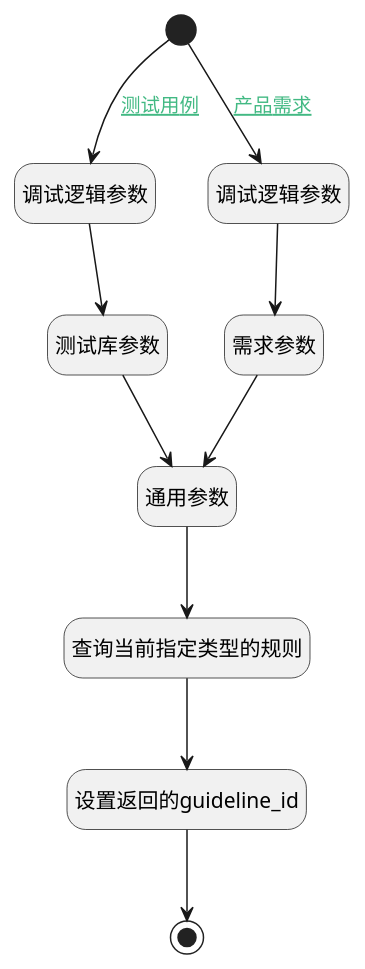
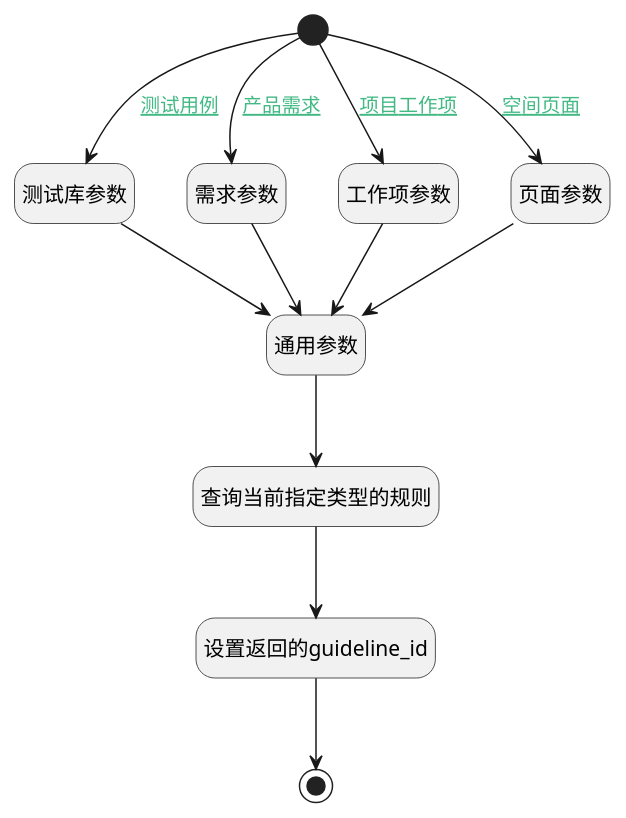
Before and after one commit to iBizLab/plm: the diagram in doc/docsify/module/TestMgmt/review_wizard/logic/fill_guideline.md, drawn with PlantUML. The commit also changed other lines of this file and 686 other files, not shown here.

````diff
--- a/doc/docsify/module/TestMgmt/review_wizard/logic/fill_guideline.md
+++ b/doc/docsify/module/TestMgmt/review_wizard/logic/fill_guideline.md
@@ -7,34 +7,36 @@
 ```plantuml
 @startuml
 hide empty description
 <style>
 root {
   HyperlinkColor #42b983
 }
 </style>
 
 hide empty description
 state "开始" as Begin <<start>> [[$./fill_guideline#begin {"开始"}]]
 state "测试库参数" as PREPAREPARAM1  [[$./fill_guideline#prepareparam1 {"测试库参数"}]]
-state "调试逻辑参数" as DEBUGPARAM1  [[$./fill_guideline#debugparam1 {"调试逻辑参数"}]]
+state "需求参数" as PREPAREPARAM3  [[$./fill_guideline#prepareparam3 {"需求参数"}]]
 state "结束" as END1 <<end>> [[$./fill_guideline#end1 {"结束"}]]
 state "通用参数" as PREPAREPARAM4  [[$./fill_guideline#prepareparam4 {"通用参数"}]]
 state "查询当前指定类型的规则" as DEDATASET1  [[$./fill_guideline#dedataset1 {"查询当前指定类型的规则"}]]
 state "设置返回的guideline_id" as PREPAREPARAM2  [[$./fill_guideline#prepareparam2 {"设置返回的guideline_id"}]]
-state "调试逻辑参数" as DEBUGPARAM2  [[$./fill_guideline#debugparam2 {"调试逻辑参数"}]]
-state "需求参数" as PREPAREPARAM3  [[$./fill_guideline#prepareparam3 {"需求参数"}]]
+state "工作项参数" as PREPAREPARAM5  [[$./fill_guideline#prepareparam5 {"工作项参数"}]]
+state "页面参数" as PREPAREPARAM8  [[$./fill_guideline#prepareparam8 {"页面参数"}]]
 
 
-Begin --> DEBUGPARAM1 : [[$./fill_guideline#begin-debugparam1{测试用例} 测试用例]]
-DEBUGPARAM1 --> PREPAREPARAM1
+Begin --> PREPAREPARAM1 : [[$./fill_guideline#begin-prepareparam1{测试用例} 测试用例]]
 PREPAREPARAM1 --> PREPAREPARAM4
 PREPAREPARAM4 --> DEDATASET1
 DEDATASET1 --> PREPAREPARAM2
 PREPAREPARAM2 --> END1
-Begin --> DEBUGPARAM2 : [[$./fill_guideline#begin-debugparam2{产品需求} 产品需求]]
-DEBUGPARAM2 --> PREPAREPARAM3
+Begin --> PREPAREPARAM3 : [[$./fill_guideline#begin-prepareparam3{产品需求} 产品需求]]
 PREPAREPARAM3 --> PREPAREPARAM4
+Begin --> PREPAREPARAM5 : [[$./fill_guideline#begin-prepareparam5{项目工作项} 项目工作项]]
+PREPAREPARAM5 --> PREPAREPARAM4
+Begin --> PREPAREPARAM8 : [[$./fill_guideline#begin-prepareparam8{空间页面} 空间页面]]
+PREPAREPARAM8 --> PREPAREPARAM4
 
 
 @enduml
 ```
````
